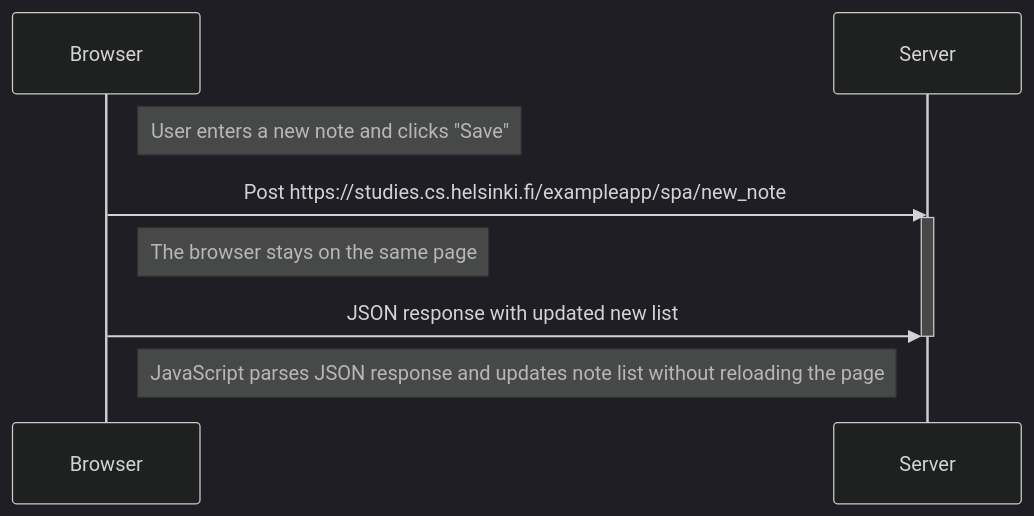
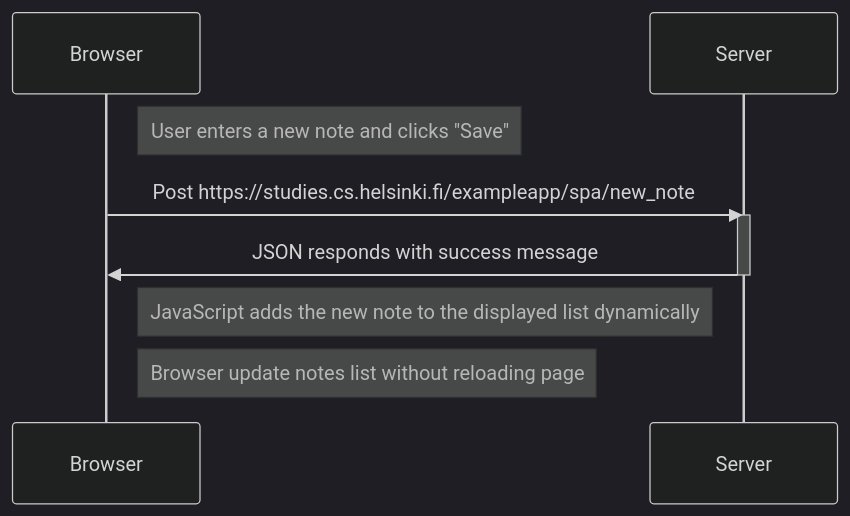
The diagram in Part-0/new-note-in single-page-app-diagram.md (Maryahcee/Fullstack-open), drawn with Mermaid (dark theme) before and after one commit.

Commit message:
update Browser's  last step

````diff
--- a/Part-0/new-note-in single-page-app-diagram.md
+++ b/Part-0/new-note-in single-page-app-diagram.md
@@ -1,24 +1,24 @@
 ```mermaid
 sequenceDiagram
 
 participant Browser
 participant Server
 
  Note right of Browser: User enters a new note and clicks "Save"
 
  Browser->>Server: Post https://studies.cs.helsinki.fi/exampleapp/spa/new_note
  activate Server
-
-  Note right of Browser :The browser stays on the same page
- Browser->>Server: JSON response with updated new list
+ Server->>Browser: JSON responds with success message
  deactivate Server
 
-  Note right of Browser: JavaScript parses JSON response and updates note list without reloading the page
+  Note right of Browser: JavaScript adds the new note to the displayed list dynamically
+
+  Note right of Browser: Browser update notes list without reloading page
 
 
 
 
 
 
 
 ```
````
